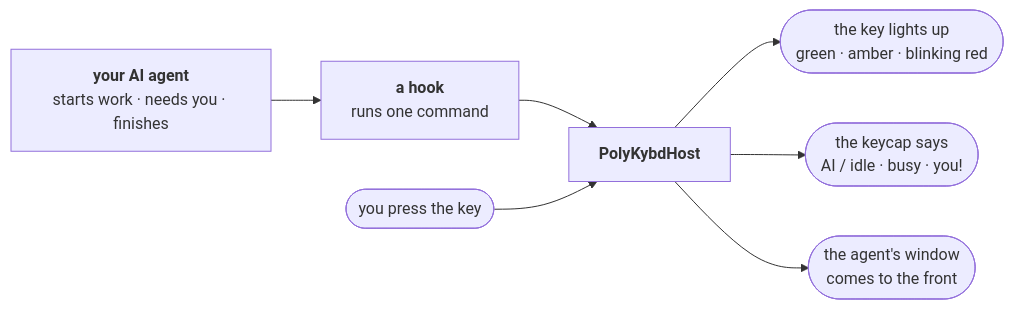
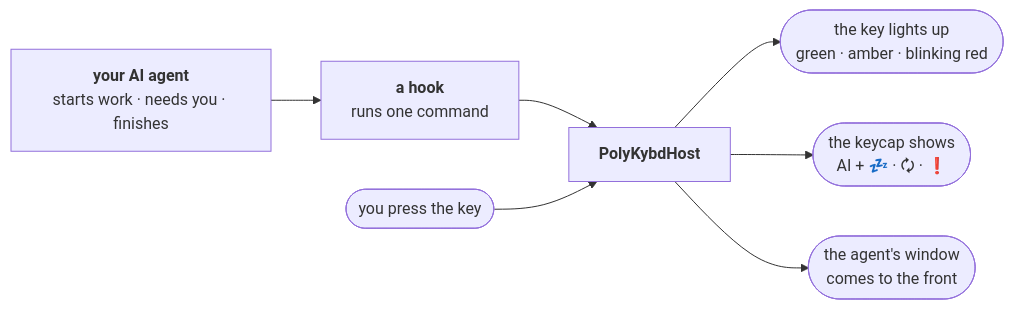
One commit to thpoll83/polykybd-docs changed the first of 2 diagrams in src/content/docs/using/ai-key.mdx. Above: the diagram before and after it, drawn with Mermaid. The commit also changed other lines of this file and 1 other file, not shown here.

First line of the commit message:
docs(ai-key): the keycap shows a mark, not a second word

````diff
--- a/src/content/docs/using/ai-key.mdx
+++ b/src/content/docs/using/ai-key.mdx
@@ -16,15 +16,15 @@
 ```mermaid
 flowchart LR
   EV["<b>your AI agent</b><br/>starts work · needs you · finishes"]
   HOOK["<b>a hook</b><br/>runs one command"]
   HOST["<b>PolyKybdHost</b>"]
   LED(["the key lights up<br/>green · amber · blinking red"])
-  CAP(["the keycap says<br/>AI / idle · busy · you!"])
+  CAP(["the keycap shows<br/>AI + 💤 · 🗘 · ❗"])
   PRESS(["you press the key"])
   WIN(["the agent's window<br/>comes to the front"])
 
   EV --> HOOK --> HOST
   HOST --> LED
   HOST --> CAP
   PRESS --> HOST --> WIN
 ```
````
